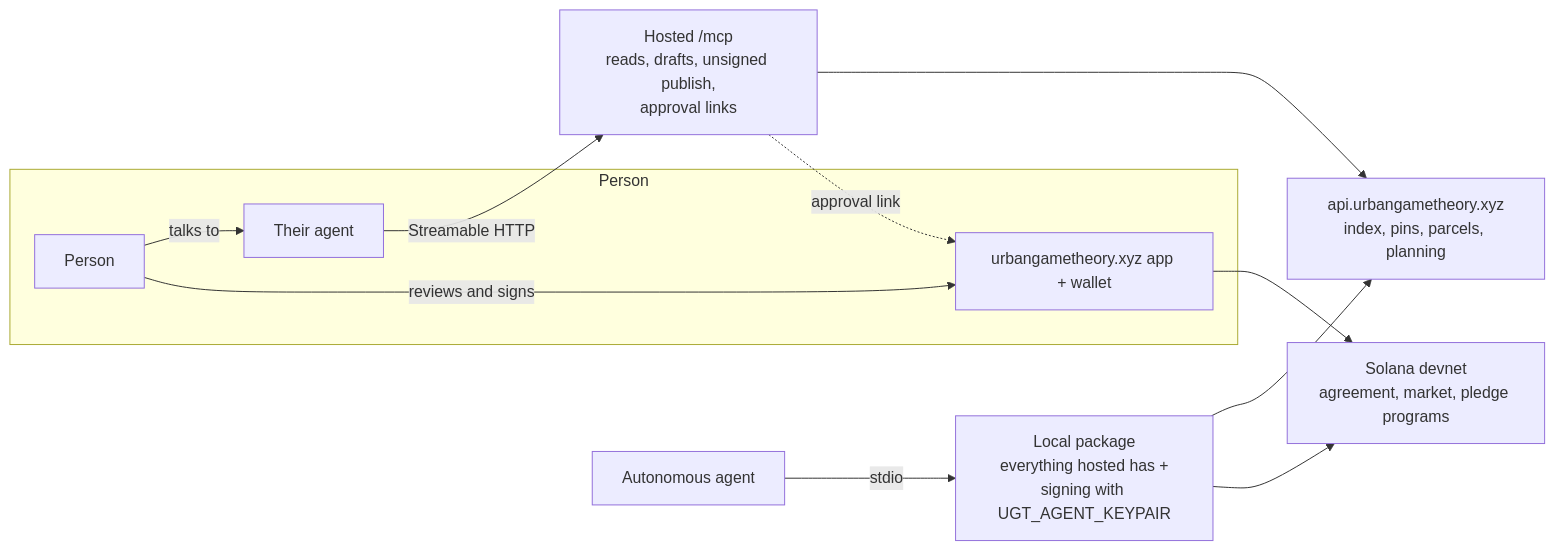
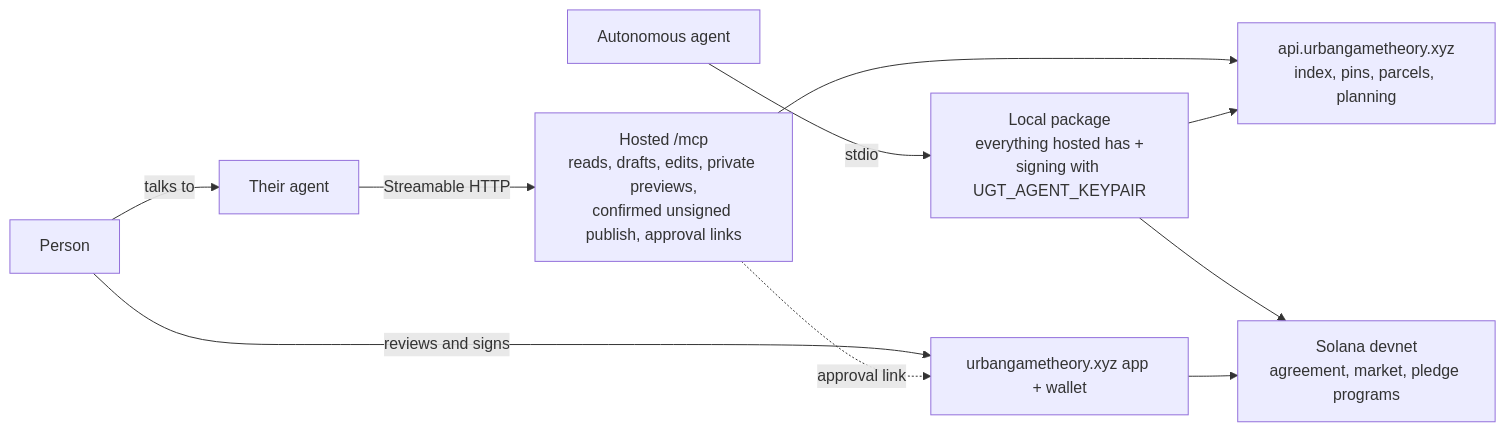
The diagram in docs/mcp.md (Poglavar/consensus-builder), drawn with Mermaid before and after one commit. The commit also changed other lines of this file and 136 other files, not shown here.

````diff
--- a/docs/mcp.md
+++ b/docs/mcp.md
@@ -246,14 +51,12 @@
 ```mermaid
 flowchart LR
-    subgraph Person
-        P[Person] -- talks to --> A[Their agent]
-        P -- reviews and signs --> APP[urbangametheory.xyz app + wallet]
-    end
-    A -- Streamable HTTP --> H["Hosted /mcp<br/>reads, drafts, unsigned publish,<br/>approval links"]
+    P[Person] -- talks to --> A[Their agent]
+    P -- reviews and signs --> APP[urbangametheory.xyz app + wallet]
+    A -- Streamable HTTP --> H["Hosted /mcp<br/>reads, drafts, edits, private previews,<br/>confirmed unsigned publish, approval links"]
     A2[Autonomous agent] -- stdio --> L["Local package<br/>everything hosted has +<br/>signing with UGT_AGENT_KEYPAIR"]
     H --> API[api.urbangametheory.xyz<br/>index, pins, parcels, planning]
     L --> API
     L --> SOL[Solana devnet<br/>agreement, market, pledge programs]
     APP --> SOL
     H -. approval link .-> APP
 ```
````
